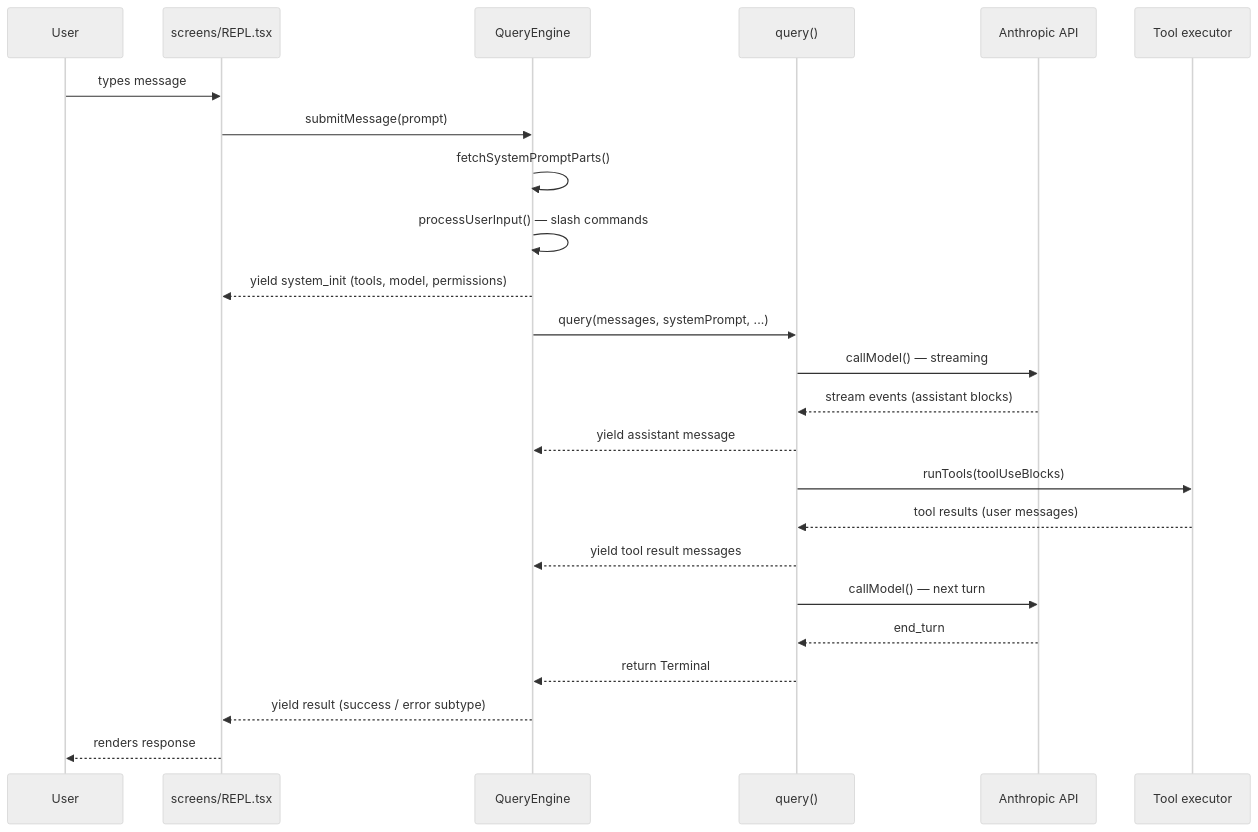
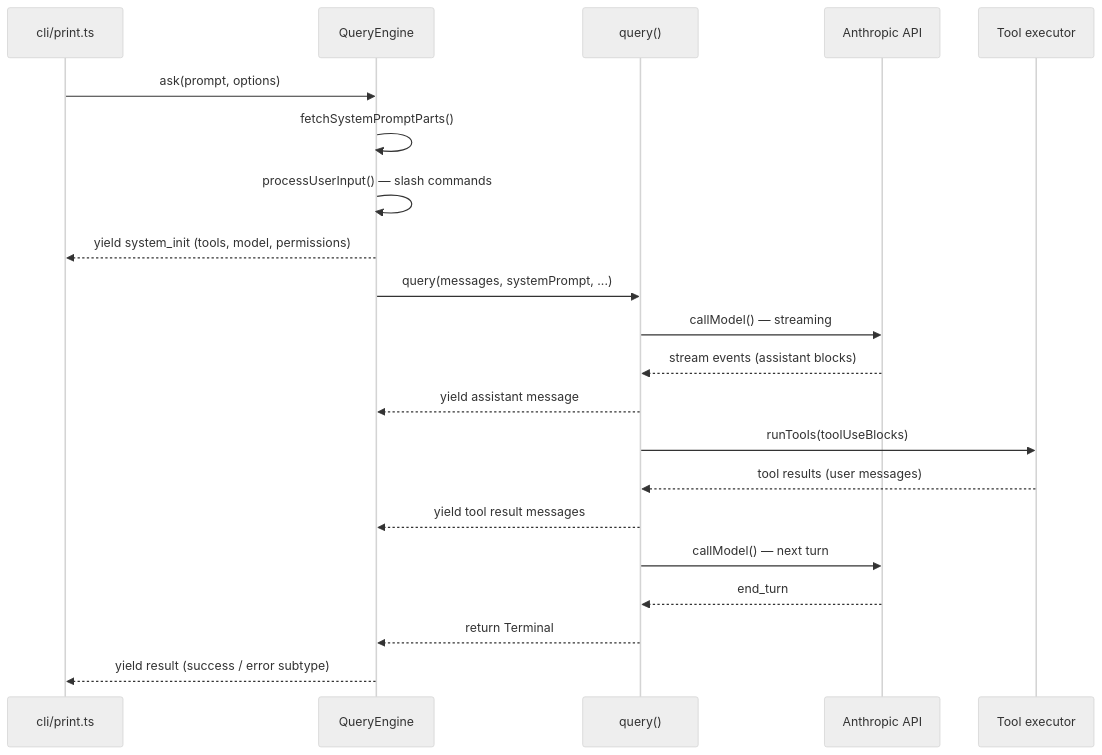
The third of 3 diagrams in docs/design/README.md (GabrielWithTina/claude-code), drawn with Mermaid (neutral theme) before and after one commit. The commit also changed other lines of this file and 6 other files, not shown here.

First line of the commit message:
docs: add prompt submission flow design and expand subsystem docs

````diff
--- a/docs/design/README.md
+++ b/docs/design/README.md
@@ -84,27 +114,24 @@
 ```mermaid
 sequenceDiagram
-    participant User
-    participant REPL as screens/REPL.tsx
+    participant Caller as cli/print.ts
     participant QE as QueryEngine
     participant Q as query()
     participant API as Anthropic API
     participant Tools as Tool executor
 
-    User->>REPL: types message
-    REPL->>QE: submitMessage(prompt)
+    Caller->>QE: ask(prompt, options)
     QE->>QE: fetchSystemPromptParts()
     QE->>QE: processUserInput() — slash commands
-    QE-->>REPL: yield system_init (tools, model, permissions)
+    QE-->>Caller: yield system_init (tools, model, permissions)
     QE->>Q: query(messages, systemPrompt, ...)
     Q->>API: callModel() — streaming
     API-->>Q: stream events (assistant blocks)
     Q-->>QE: yield assistant message
     Q->>Tools: runTools(toolUseBlocks)
     Tools-->>Q: tool results (user messages)
     Q-->>QE: yield tool result messages
     Q->>API: callModel() — next turn
     API-->>Q: end_turn
     Q-->>QE: return Terminal
-    QE-->>REPL: yield result (success / error subtype)
-    REPL-->>User: renders response
+    QE-->>Caller: yield result (success / error subtype)
 ```
````
